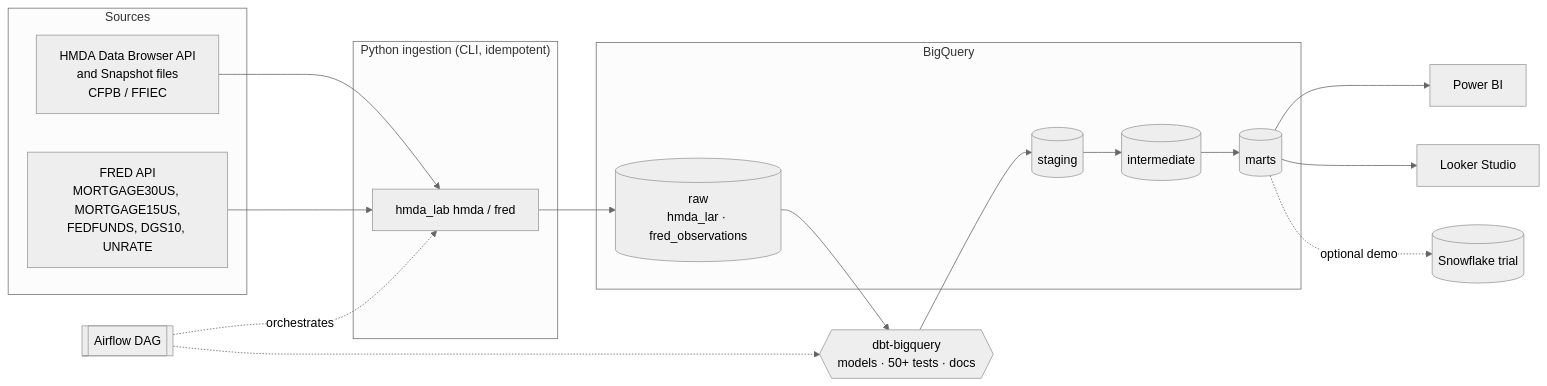
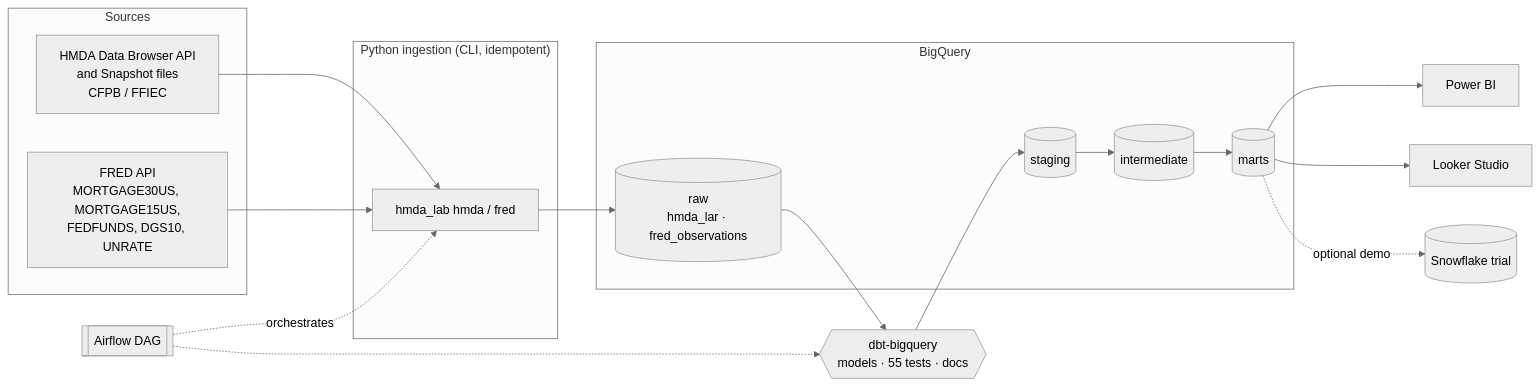
One commit to dataismyname/hmda-mortgage-ops-lab changed the diagram in README.md. Above: the diagram before and after it, drawn with Mermaid (neutral theme). The commit also changed 1 other file, not shown here.

Commit message:
Profile README: approved adjustments

````diff
--- a/README.md
+++ b/README.md
@@ -21,26 +21,26 @@
 ```mermaid
 flowchart LR
     subgraph Sources
         H[HMDA Data Browser API<br/>and Snapshot files<br/>CFPB / FFIEC]
         F[FRED API<br/>MORTGAGE30US, MORTGAGE15US,<br/>FEDFUNDS, DGS10, UNRATE]
     end
     subgraph Ingestion["Python ingestion (CLI, idempotent)"]
         I[hmda_lab hmda / fred]
     end
     subgraph BigQuery
         R[(raw<br/>hmda_lar · fred_observations)]
         S[(staging)]
         M[(intermediate)]
         K[(marts)]
     end
     A[[Airflow DAG]] -.orchestrates.-> I
     A -.-> D
     H --> I
     F --> I
     I --> R
-    D{{dbt-bigquery<br/>models · 50+ tests · docs}}
+    D{{dbt-bigquery<br/>models · 55 tests · docs}}
     R --> D --> S --> M --> K
     K --> PBI[Power BI]
     K --> LS[Looker Studio]
     K -. optional demo .-> SF[(Snowflake trial)]
 ```
````
